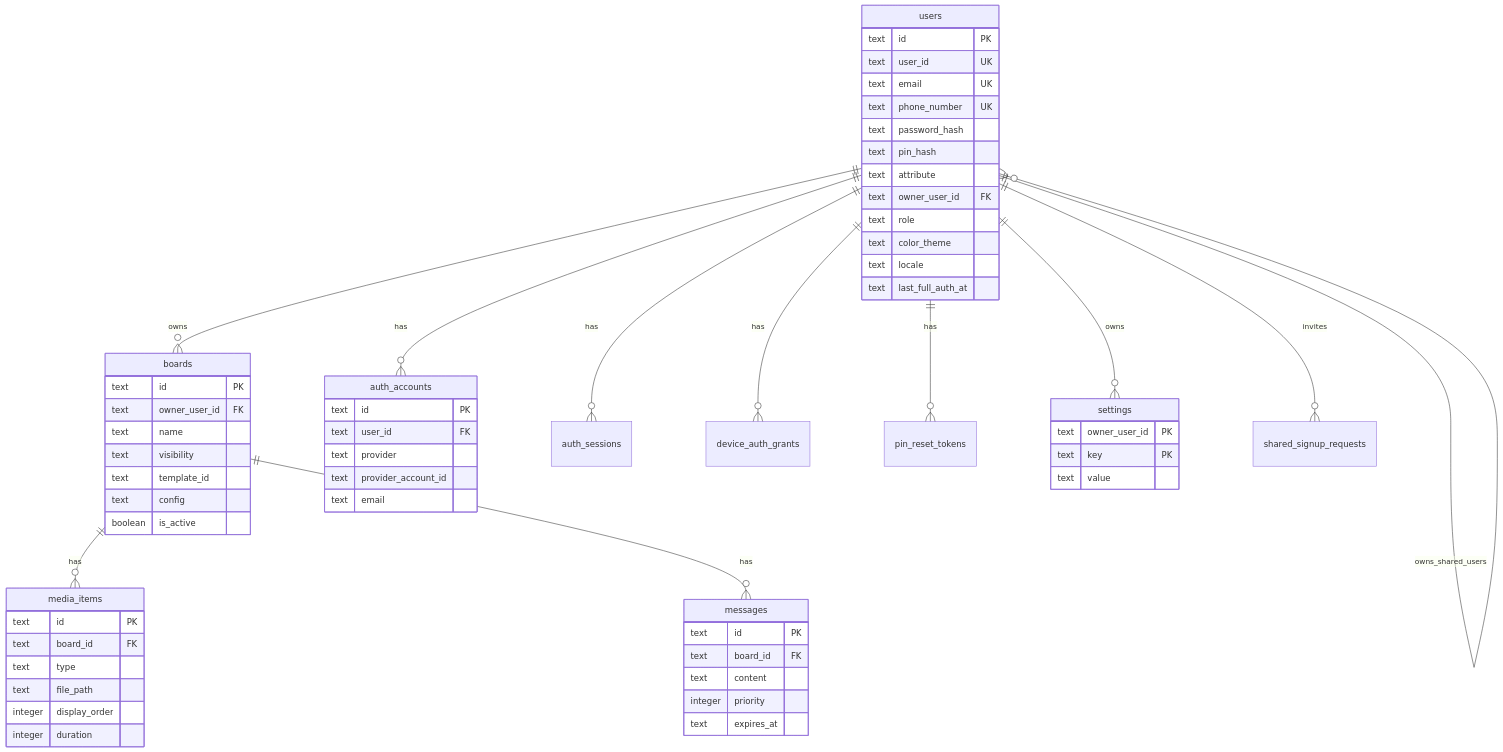
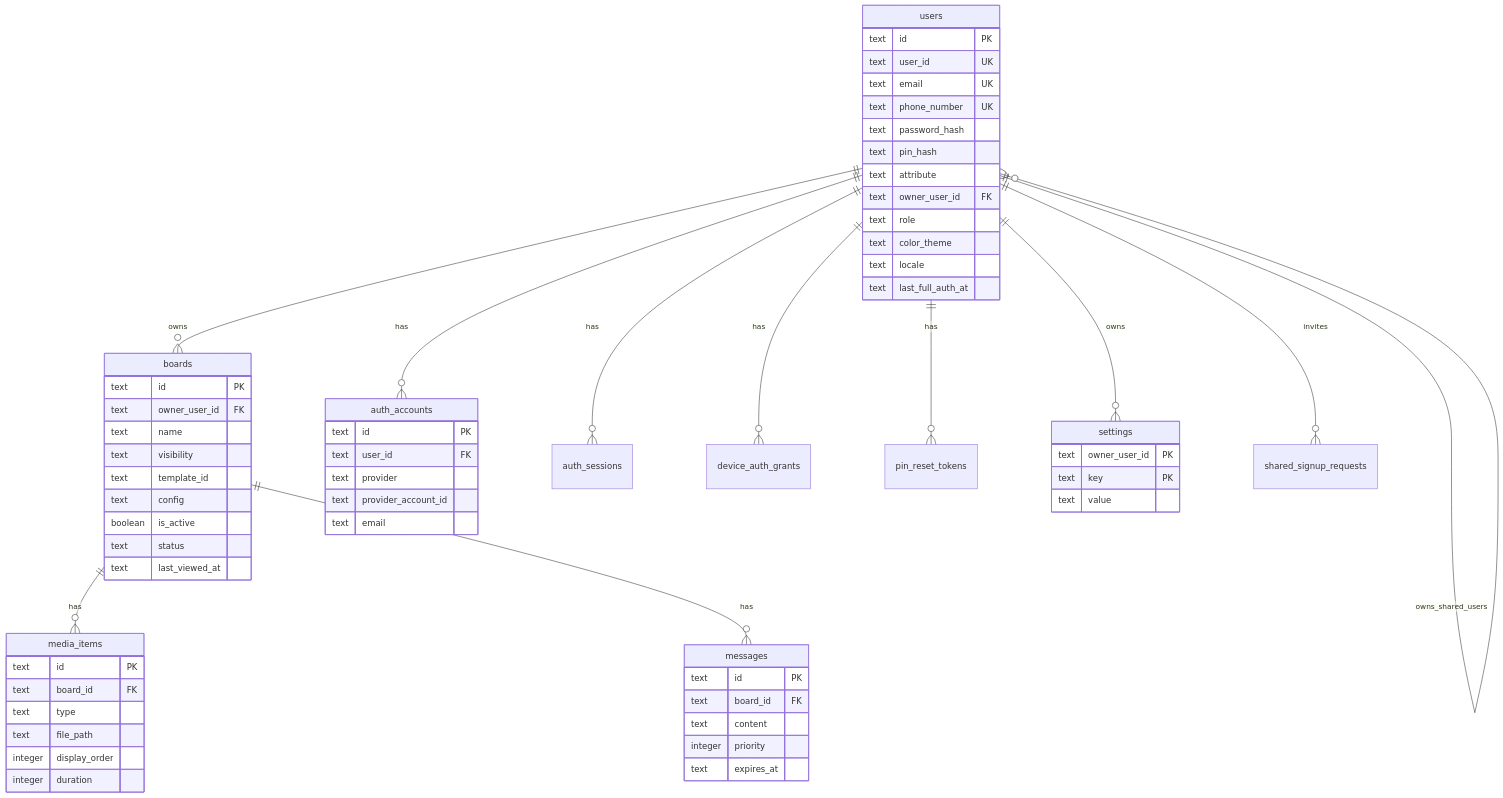
The second of 7 diagrams in docs/DESIGN.md (HiroshiARAKI/e-web-board), drawn with Mermaid before and after one commit. The commit also changed other lines of this file and 24 other files, not shown here.

````diff
--- a/docs/DESIGN.md
+++ b/docs/DESIGN.md
@@ -110,69 +110,71 @@
 ```mermaid
 erDiagram
   users ||--o{ boards : owns
   users ||--o{ users : owns_shared_users
   users ||--o{ auth_accounts : has
   users ||--o{ auth_sessions : has
   users ||--o{ device_auth_grants : has
   users ||--o{ pin_reset_tokens : has
   users ||--o{ settings : owns
   users ||--o{ shared_signup_requests : invites
   boards ||--o{ media_items : has
   boards ||--o{ messages : has
 
   users {
     text id PK
     text user_id UK
     text email UK
     text phone_number UK
     text password_hash
     text pin_hash
     text attribute
     text owner_user_id FK
     text role
     text color_theme
     text locale
     text last_full_auth_at
   }
 
   auth_accounts {
     text id PK
     text user_id FK
     text provider
     text provider_account_id
     text email
   }
 
   boards {
     text id PK
     text owner_user_id FK
     text name
     text visibility
     text template_id
     text config
     boolean is_active
+    text status
+    text last_viewed_at
   }
 
   media_items {
     text id PK
     text board_id FK
     text type
     text file_path
     integer display_order
     integer duration
   }
 
   messages {
     text id PK
     text board_id FK
     text content
     integer priority
     text expires_at
   }
 
   settings {
     text owner_user_id PK
     text key PK
     text value
   }
 ```
````
